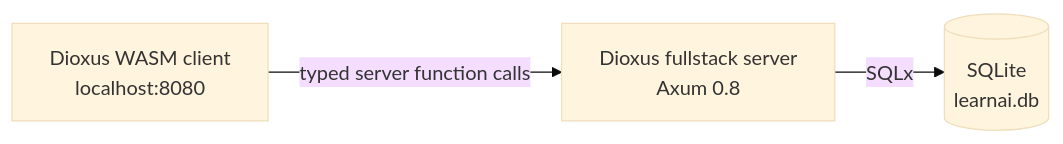
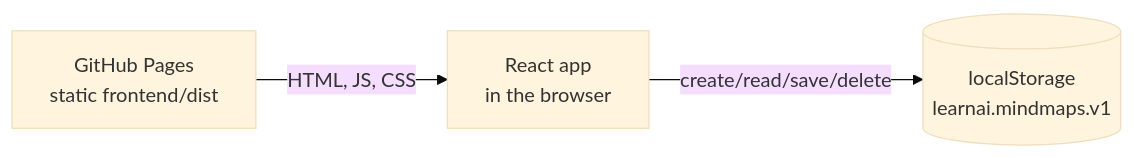
One commit to radmerales/learnai changed the diagram in docs/system-map.md. Above: the diagram before and after it, drawn with Mermaid (base theme). The commit also changed other lines of this file and 169 other files, not shown here.

First line of the commit message:
refactor: restore the TypeScript app with browser storage

````diff
--- a/docs/system-map.md
+++ b/docs/system-map.md
@@ -12,8 +8,9 @@
 ```mermaid
 flowchart LR
-    Browser["Dioxus WASM client<br/>localhost:8080"]
-    Server["Dioxus fullstack server<br/>Axum 0.8"]
-    DB[("SQLite<br/>learnai.db")]
-    Browser -->|"typed server function calls"| Server
-    Server -->|"SQLx"| DB
+    Browser["React app<br/>in the browser"]
+    Storage[("localStorage<br/>learnai.mindmaps.v1")]
+    Pages["GitHub Pages<br/>static frontend/dist"]
+
+    Pages -->|"HTML, JS, CSS"| Browser
+    Browser -->|"create/read/save/delete"| Storage
 ```
````
